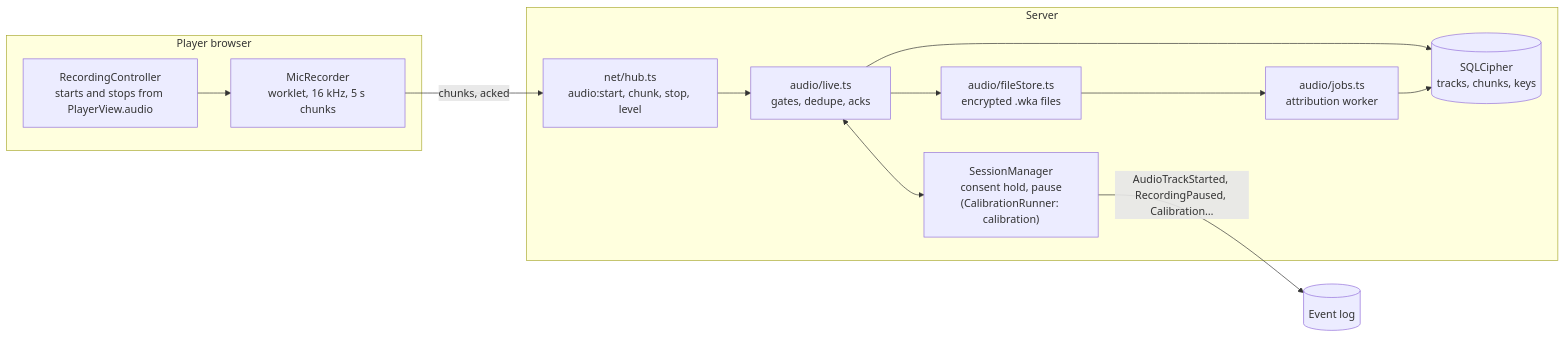
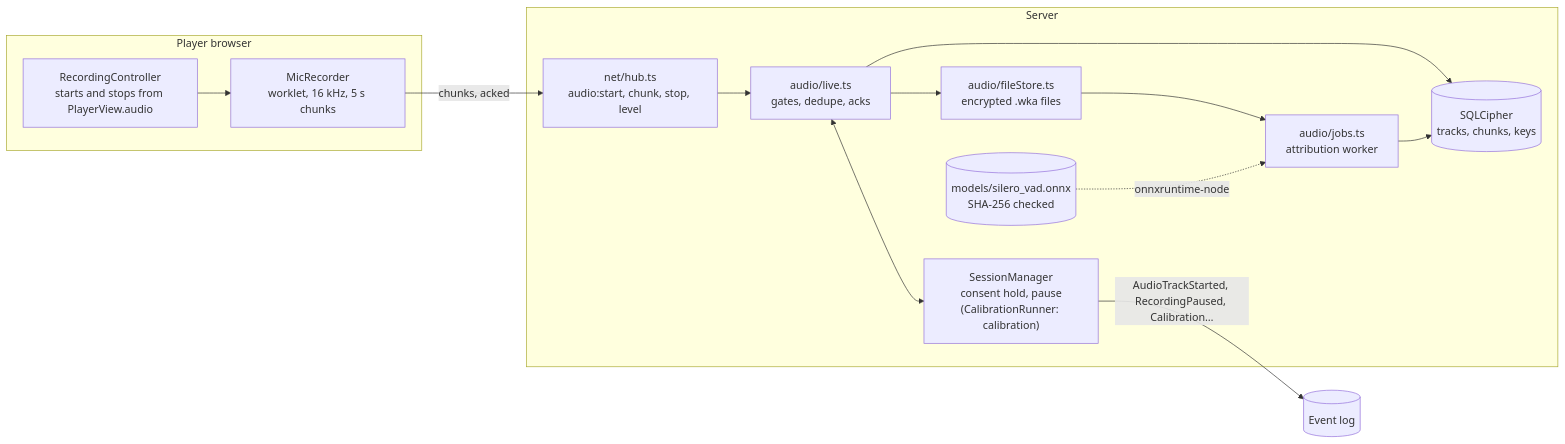
The ninth of 9 diagrams in docs/ARCHITECTURE.md (xy-zak/WhoKnowsWhoActs), drawn with Mermaid before and after one commit. The commit also changed other lines of this file and 16 other files, not shown here.

````diff
--- a/docs/ARCHITECTURE.md
+++ b/docs/ARCHITECTURE.md
@@ -650,24 +650,26 @@
 ```mermaid
 flowchart LR
   subgraph Browser["Player browser"]
     REC["RecordingController<br/>starts and stops from PlayerView.audio"]
     ENG["MicRecorder<br/>worklet, 16 kHz, 5 s chunks"]
     REC --> ENG
   end
   subgraph Server["Server"]
     HUB["net/hub.ts<br/>audio:start, chunk, stop, level"]
     SM["SessionManager<br/>consent hold, pause<br/>(CalibrationRunner: calibration)"]
     LIVE["audio/live.ts<br/>gates, dedupe, acks"]
     FS["audio/fileStore.ts<br/>encrypted .wka files"]
     DB[("SQLCipher<br/>tracks, chunks, keys")]
     JOB["audio/jobs.ts<br/>attribution worker"]
+    VAD[("models/silero_vad.onnx<br/>SHA-256 checked")]
   end
   ENG -->|"chunks, acked"| HUB
   HUB --> LIVE
   LIVE <--> SM
   LIVE --> FS
   LIVE --> DB
   FS --> JOB
+  VAD -.->|"onnxruntime-node"| JOB
   JOB --> DB
   SM -->|"AudioTrackStarted, RecordingPaused, Calibration…"| LOG[("Event log")]
 ```
````
